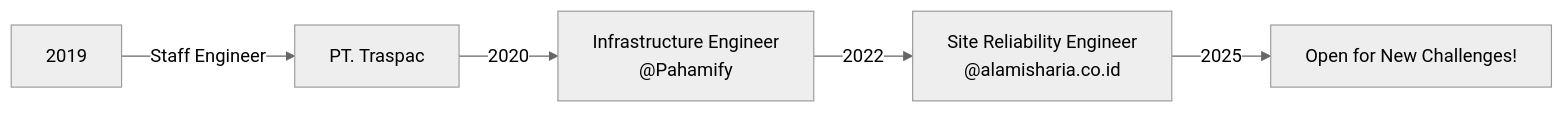
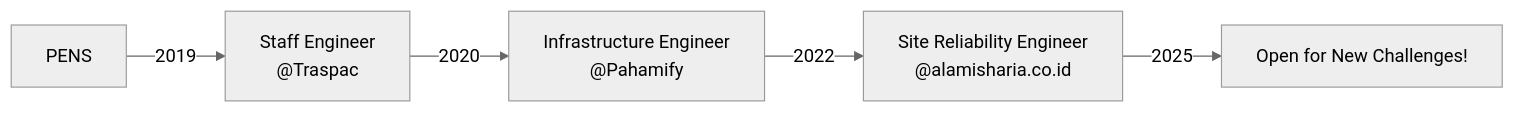
One commit to abdullahainun/abdullahainun changed the diagram in README.md. Above: the diagram before and after it, drawn with Mermaid (neutral theme).

Commit message:
Update README.md
fix tracpac career journey

````diff
--- a/README.md
+++ b/README.md
@@ -18,7 +18,7 @@
 ```mermaid
 graph LR
-    A[2019] -->|Staff Engineer| B[PT. Traspac]
+    A[PENS] -->|2019| B[ Staff Engineer<br/> @Traspac]
     B --> |2020| C[Infrastructure Engineer<br/> @Pahamify]
     C --> |2022| D[Site Reliability Engineer<br/> @alamisharia.co.id]
     D --> |2025| E[Open for New Challenges!]
 ```
````
